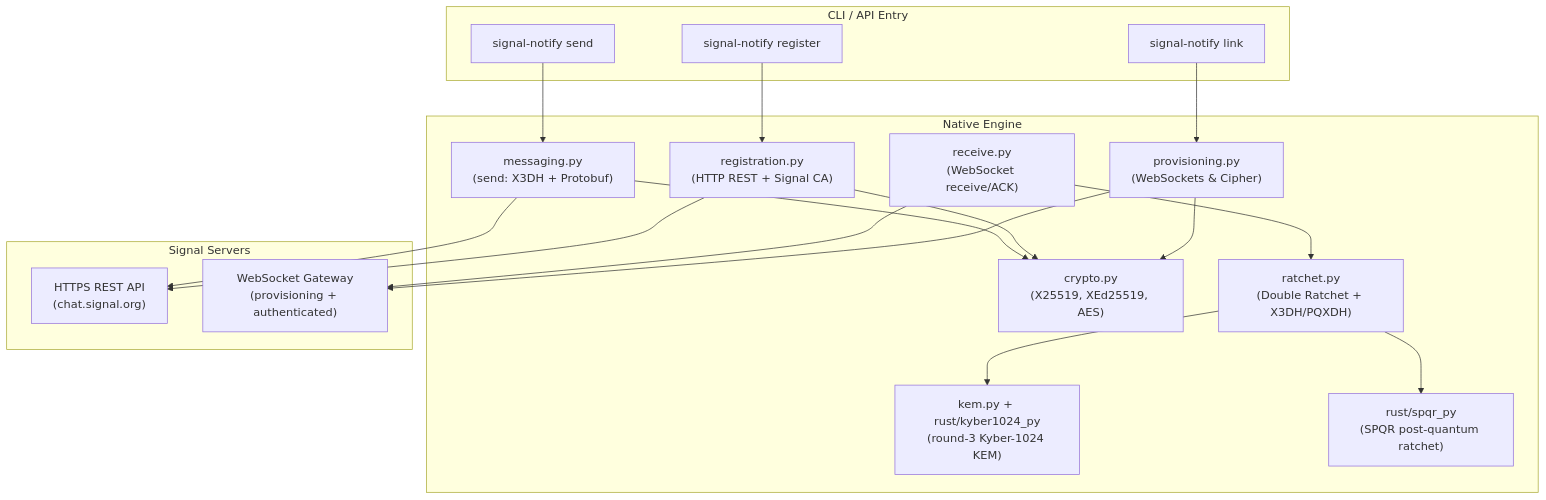
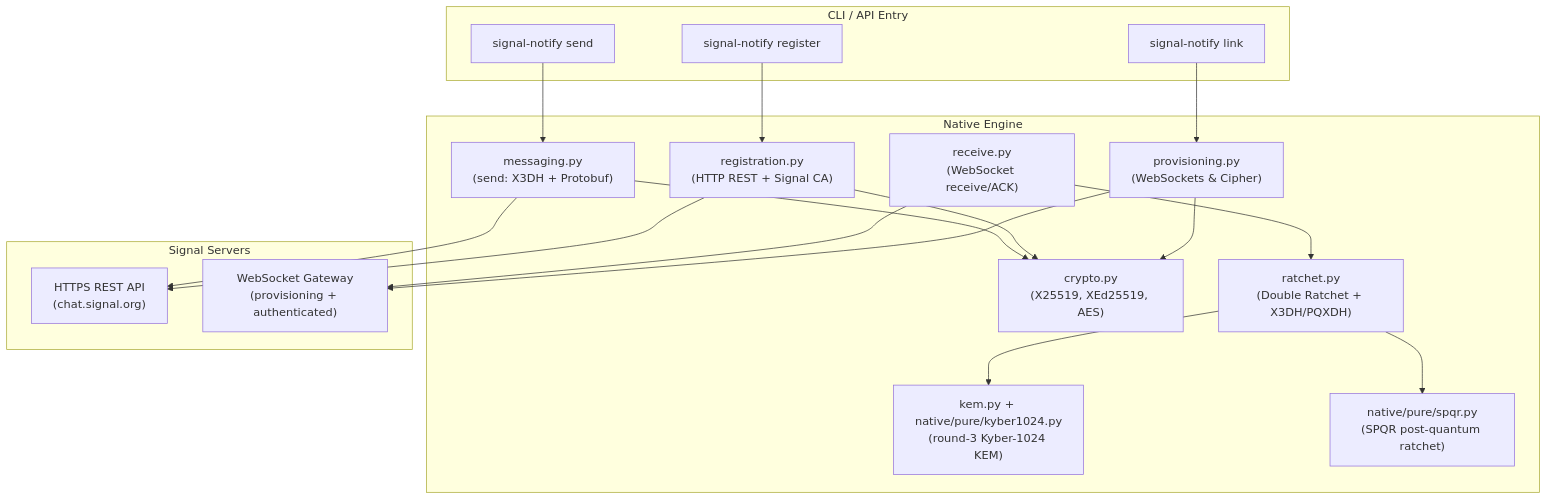
One commit to ricardodeazambuja/signal-notify changed the diagram in docs/technical_reference.md. Above: the diagram before and after it, drawn with Mermaid. The commit also changed other lines of this file and 5 other files, not shown here.

````diff
--- a/docs/technical_reference.md
+++ b/docs/technical_reference.md
@@ -11,35 +11,35 @@
 ```mermaid
 graph TD
     subgraph CLI / API Entry
         A["signal-notify register"]
         B["signal-notify link"]
         H["signal-notify send"]
     end
 
     subgraph Native Engine
         C["registration.py<br>(HTTP REST + Signal CA)"]
         D["provisioning.py<br>(WebSockets & Cipher)"]
         E["crypto.py<br>(X25519, XEd25519, AES)"]
-        K["kem.py + rust/kyber1024_py<br>(round-3 Kyber-1024 KEM)"]
-        S["rust/spqr_py<br>(SPQR post-quantum ratchet)"]
+        K["kem.py + native/pure/kyber1024.py<br>(round-3 Kyber-1024 KEM)"]
+        S["native/pure/spqr.py<br>(SPQR post-quantum ratchet)"]
         I["messaging.py<br>(send: X3DH + Protobuf)"]
         R["ratchet.py<br>(Double Ratchet + X3DH/PQXDH)"]
         J["receive.py<br>(WebSocket receive/ACK)"]
     end
 
     subgraph Signal Servers
         F["HTTPS REST API<br>(chat.signal.org)"]
         G["WebSocket Gateway<br>(provisioning + authenticated)"]
     end
 
     A --> C
     B --> D
     H --> I
     J --> R
     C --> F
     D --> G
     I --> F
     J --> G
     R --> K & S
     D & C & I --> E
 ```
````
